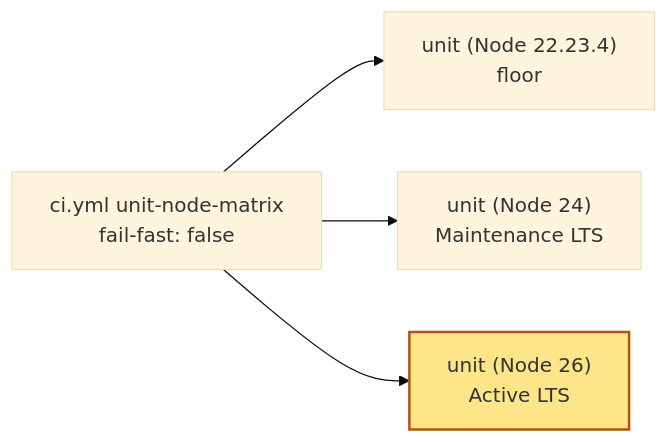
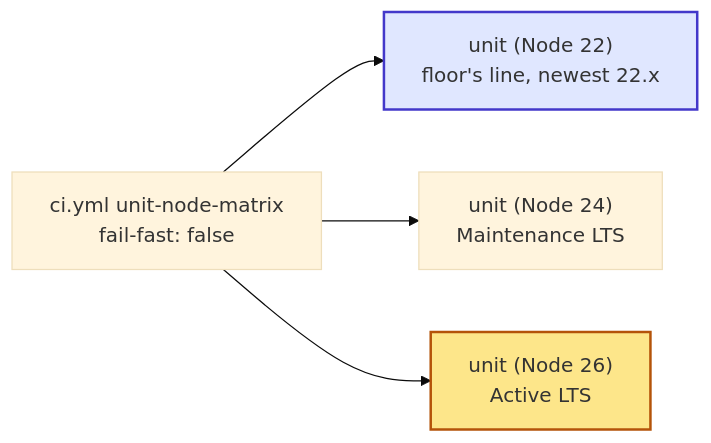
Before and after one commit to Ygilany/AskDB: the diagram in docs/specs/589-ci-add-node-26-to-the-unit-matrix.md, drawn with Mermaid (base theme). The commit also changed other lines of this file, not shown here.

Commit message:
docs(spec): #589 matrix entry for Node 22 is the major "22"

````diff
--- a/docs/specs/589-ci-add-node-26-to-the-unit-matrix.md
+++ b/docs/specs/589-ci-add-node-26-to-the-unit-matrix.md
@@ -14,7 +14,8 @@
 ```mermaid
 flowchart LR
-  ci["ci.yml unit-node-matrix<br/>fail-fast: false"] --> n22["unit (Node 22.23.4)<br/>floor"]
+  ci["ci.yml unit-node-matrix<br/>fail-fast: false"] --> n22["unit (Node 22)<br/>floor's line, newest 22.x"]:::renamed
   ci --> n24["unit (Node 24)<br/>Maintenance LTS"]
   ci --> n26["unit (Node 26)<br/>Active LTS"]:::new
   classDef new fill:#fde68a,stroke:#b45309,stroke-width:2px
+  classDef renamed fill:#e0e7ff,stroke:#4338ca,stroke-width:2px
 ```
````
